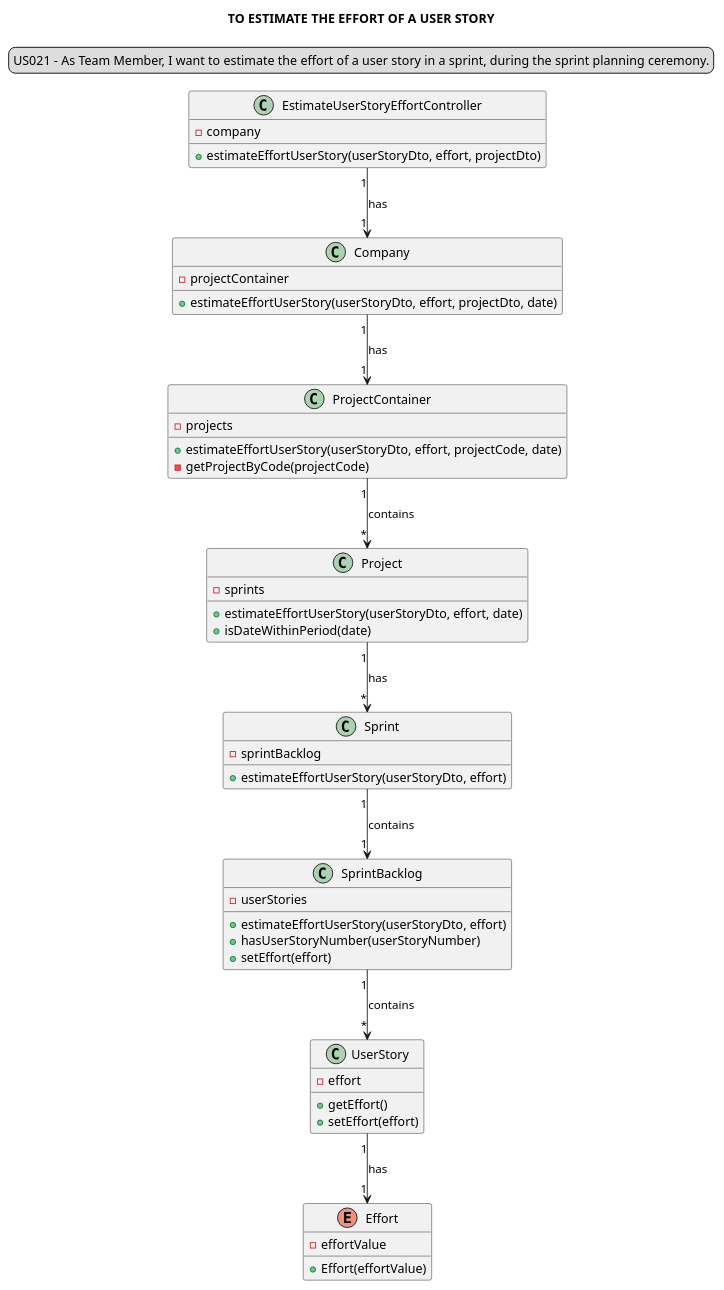
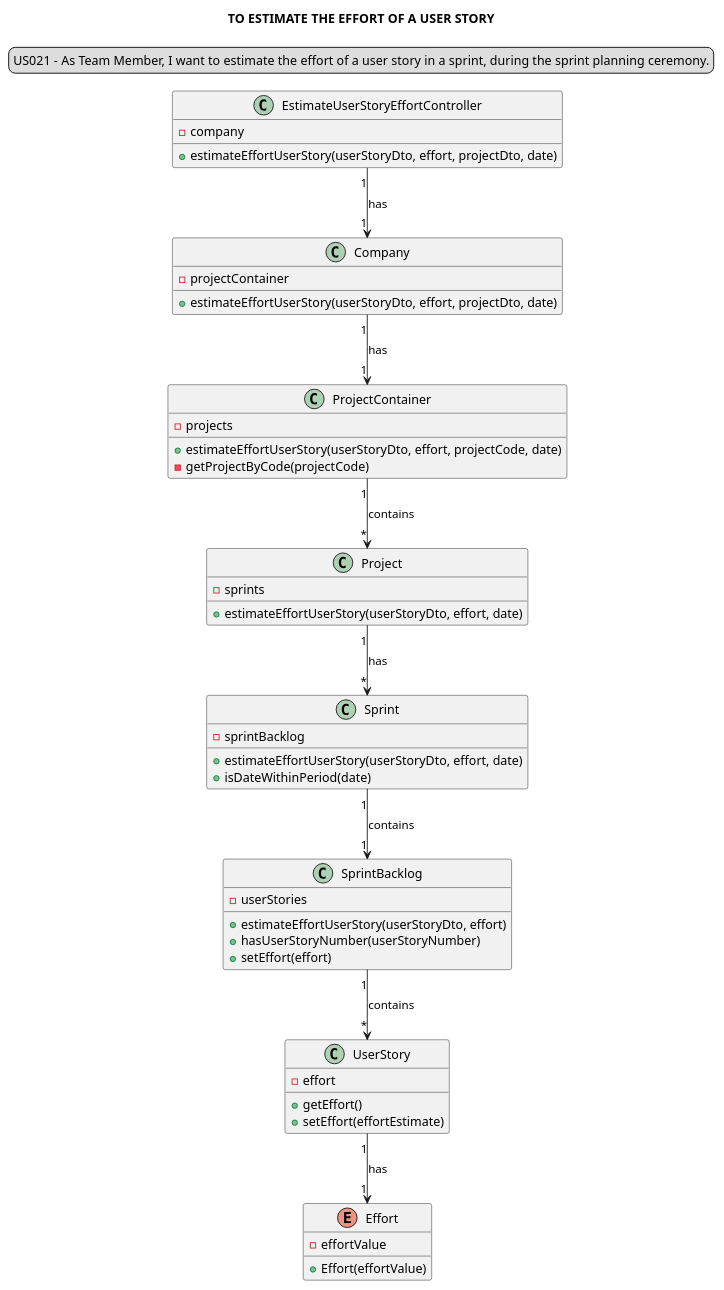
One commit to Loracline/project_switch_22-23 changed the diagram in docs/modelling_design/user_stories/sprint03/us021/US021_classDiagram.puml. Above: the diagram before and after it, drawn with PlantUML.

Commit message:
US021: Design: Update of class diagram. references #197

```diff
--- a/docs/modelling_design/user_stories/sprint03/us021/US021_classDiagram.puml
+++ b/docs/modelling_design/user_stories/sprint03/us021/US021_classDiagram.puml
@@ -1,55 +1,55 @@
 @startuml
 'https://plantuml.com/sequence-diagram
 title TO ESTIMATE THE EFFORT OF A USER STORY
 legend top
 US021 - As Team Member, I want to estimate the effort of a user story in a sprint, during the sprint planning ceremony.
 end legend
 skinparam sequenceMessageAlign center
 
 class "EstimateUserStoryEffortController" {
 - company
-+ estimateEffortUserStory(userStoryDto, effort, projectDto)
++ estimateEffortUserStory(userStoryDto, effort, projectDto, date)
 }
 
 class "Company" {
 - projectContainer
 + estimateEffortUserStory(userStoryDto, effort, projectDto, date)
 }
 class "ProjectContainer" {
 - projects
 + estimateEffortUserStory(userStoryDto, effort, projectCode, date)
 - getProjectByCode(projectCode)
 }
 class "Project"{
 - sprints
 + estimateEffortUserStory(userStoryDto, effort, date)
-+ isDateWithinPeriod(date)
 }
 class "Sprint"{
 - sprintBacklog
-+ estimateEffortUserStory(userStoryDto, effort)
++ estimateEffortUserStory(userStoryDto, effort, date)
++ isDateWithinPeriod(date)
 }
 class "SprintBacklog" {
 - userStories
 + estimateEffortUserStory(userStoryDto, effort)
 + hasUserStoryNumber(userStoryNumber)
 + setEffort(effort)
 }
 class "UserStory"{
 - effort
 + getEffort()
-+ setEffort(effort)
++ setEffort(effortEstimate)
 }
 enum "Effort"{
 - effortValue
 + Effort(effortValue)
 }
 
 "EstimateUserStoryEffortController" "1" --> "1" "Company" : has
 "Company" "1" --> "1" "ProjectContainer" : has
 "ProjectContainer" "1" --> "*" "Project" : contains
 "Project" "1" --> "*" "Sprint" : has
 "Sprint" "1" --> "1" "SprintBacklog" : contains
 "SprintBacklog" "1" --> "*" "UserStory" : contains
 "UserStory" "1" --> "1" "Effort" : has
 @enduml
```
